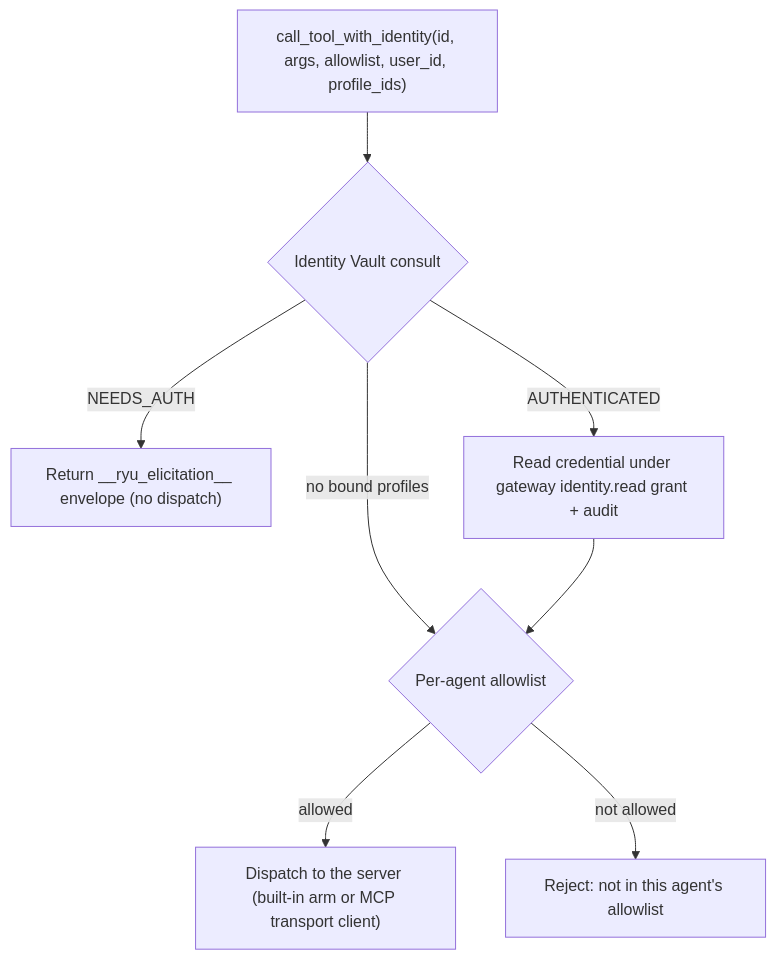
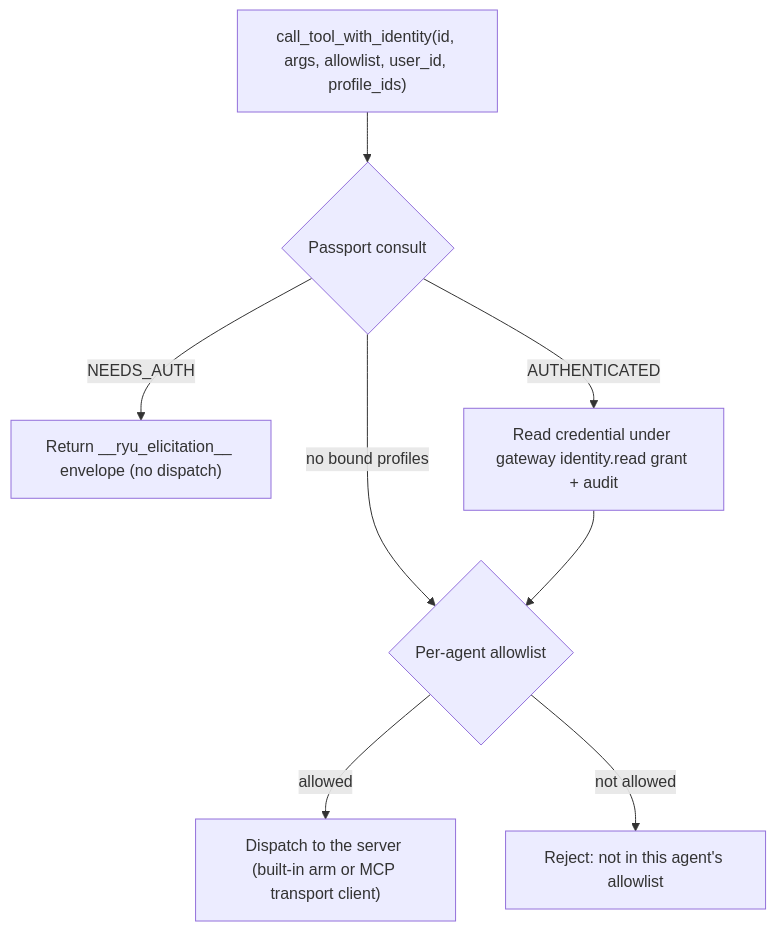
Before and after one commit to amajorai/ryu-docs: the diagram in content/docs/core/mcp-registry.mdx, drawn with Mermaid. The commit also changed other lines of this file and 910 other files, not shown here.

````diff
--- a/content/docs/core/mcp-registry.mdx
+++ b/content/docs/core/mcp-registry.mdx
@@ -184,10 +191,10 @@
 ```mermaid
 flowchart TD
-  Call["call_tool_with_identity(id, args, allowlist, user_id, profile_ids)"] --> Vault{Identity Vault consult}
+  Call["call_tool_with_identity(id, args, allowlist, user_id, profile_ids)"] --> Vault{Passport consult}
   Vault -->|NEEDS_AUTH| Elicit["Return __ryu_elicitation__ envelope (no dispatch)"]
   Vault -->|AUTHENTICATED| Cred["Read credential under gateway identity.read grant + audit"]
   Vault -->|no bound profiles| Allow{Per-agent allowlist}
   Cred --> Allow
   Allow -->|allowed| Dispatch["Dispatch to the server (built-in arm or MCP transport client)"]
   Allow -->|not allowed| Deny["Reject: not in this agent's allowlist"]
 ```
````
